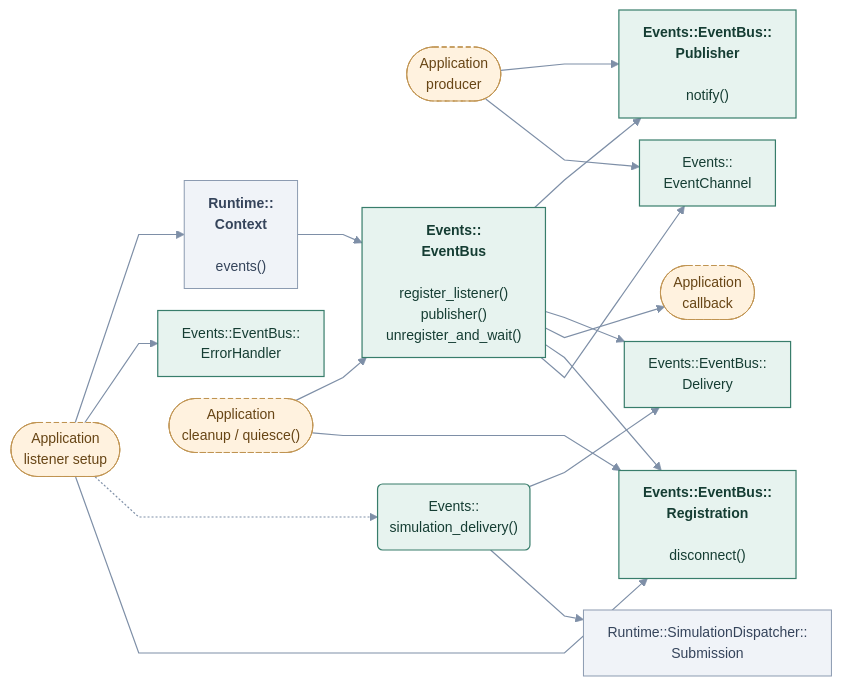
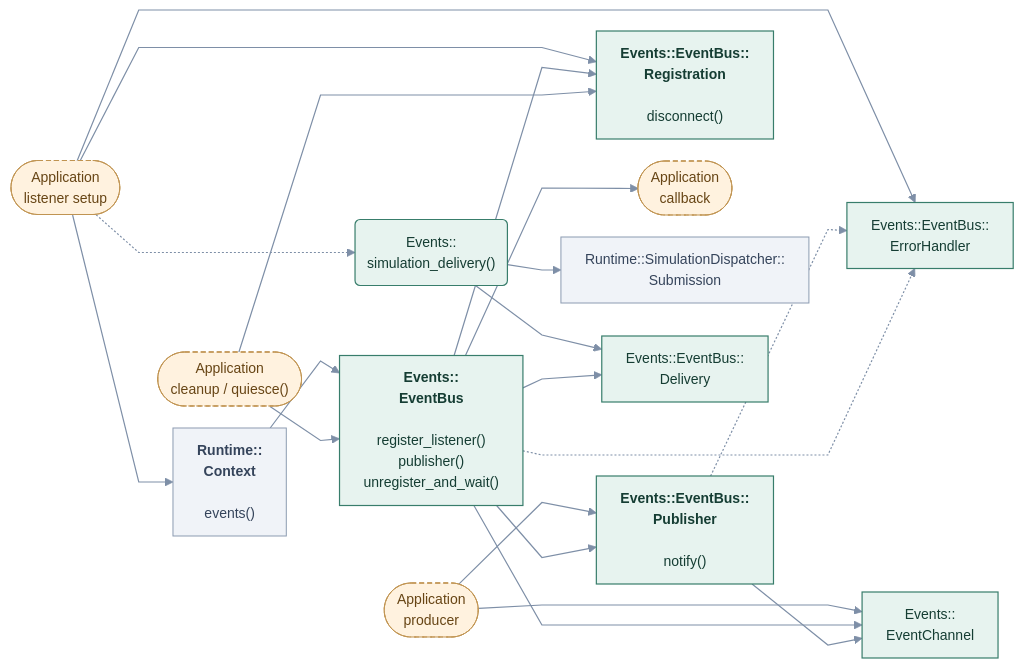
The diagram in docs/site/engine-systems/diagrams/events-application.mmd (cppcooper/cheryl-engine), drawn with Mermaid before and after one commit. The commit also changed 15 other files, not shown here.

```diff
--- a/docs/site/engine-systems/diagrams/events-application.mmd
+++ b/docs/site/engine-systems/diagrams/events-application.mmd
@@ -1,50 +1,53 @@
 ---
 config:
   theme: base
   themeVariables:
     fontFamily: system-ui, sans-serif
     fontSize: 14px
   flowchart:
     htmlLabels: true
     curve: linear
     nodeSpacing: 22
     rankSpacing: 38
     padding: 12
 ---
 flowchart LR
     accTitle: Events · application registration and delivery
     accDescr: Arrows point toward the API or type used, not call order or data flow. Methods beneath type names are selected application entry points; Implement hooks marks engine-invoked overrides. Dashed arrows mark optional choices.
     k0(["Application<br/>producer"]):::app
     k1["Events::<br/>EventChannel"]:::focal
     k2["<b>Events::EventBus::<br/>Publisher</b><br/><br/>notify()"]:::focal
     k3(["Application<br/>listener setup"]):::app
     k4["<b>Runtime::<br/>Context</b><br/><br/>events()"]:::neighbor
     k5["<b>Events::<br/>EventBus</b><br/><br/>register_listener()<br/>publisher()<br/>unregister_and_wait()"]:::focal
     k6["<b>Events::EventBus::<br/>Registration</b><br/><br/>disconnect()"]:::focal
     k7(["Application<br/>callback"]):::app
     k8("Events::<br/>simulation_delivery()"):::focal
     k9["Runtime::SimulationDispatcher::<br/>Submission"]:::neighbor
     k10["Events::EventBus::<br/>Delivery"]:::focal
     k11["Events::EventBus::<br/>ErrorHandler"]:::focal
     k12(["Application<br/>cleanup / quiesce()"]):::app
     k0 --> k1
     k0 --> k2
     k3 --> k6
     k5 --> k1
     k5 --> k6
     k5 --> k7
     k3 -.-> k8
     k8 --> k9
     k8 --> k10
     k5 --> k10
     k3 --> k11
     k12 --> k6
     k3 --> k4
     k4 --> k5
     k5 --> k2
     k12 --> k5
+    k2 --> k1
+    k2 -.-> k11
+    k5 -.-> k11
     classDef focal fill:#e7f3ef,stroke:#387d6b,color:#153d33,stroke-width:1.2px
     classDef neighbor fill:#f0f3f8,stroke:#8c9bb1,color:#35445b,stroke-width:1px
     classDef app fill:#fff2df,stroke:#c09452,color:#674515,stroke-dasharray:5 3
     classDef system fill:#eaf0fc,stroke:#617fab,color:#263f69,stroke-width:1.2px
     linkStyle default stroke:#7e8fa7,stroke-width:1.2px
```
